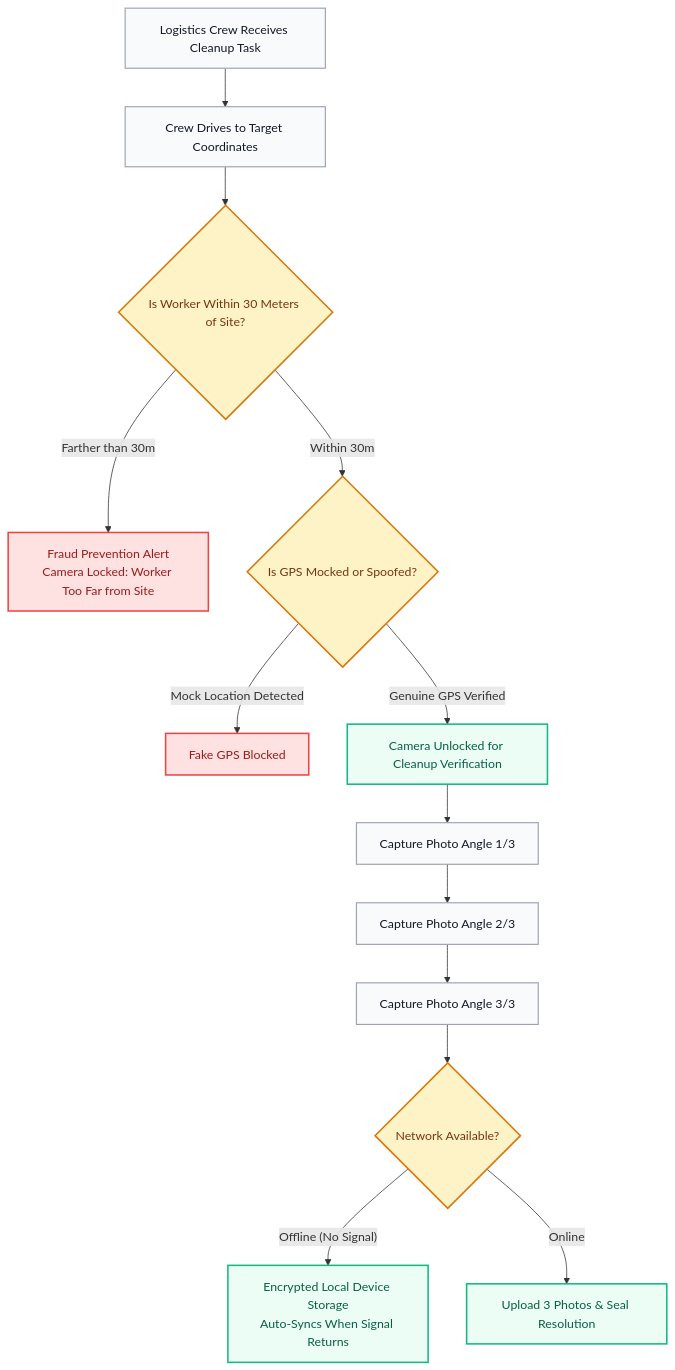
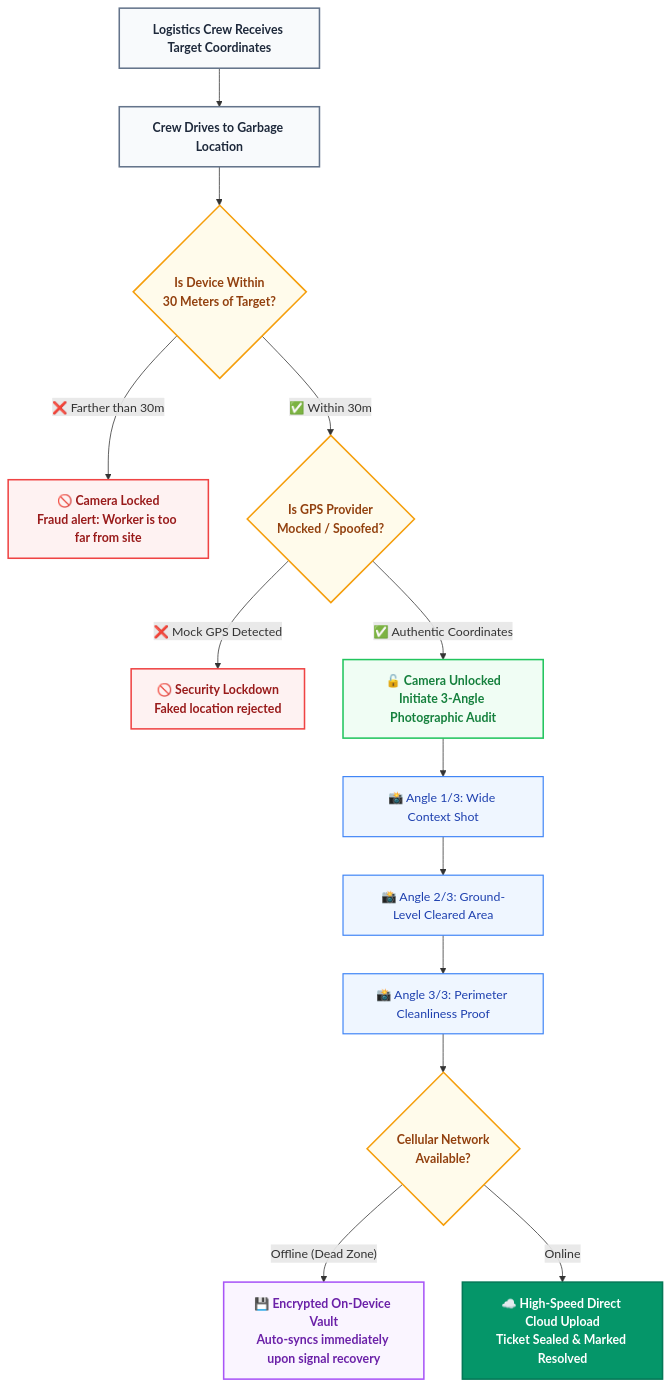
One commit to Parth-Chavan-15/SpotFix changed the fourth of 5 diagrams in README.md. Above: the diagram before and after it, drawn with Mermaid. The commit also changed other lines of this file, not shown here.

Commit message:
style: center hero branding, vertically align preview screenshots with individual captions, polish markdown tables, and enhance workflow diagrams

````diff
--- a/README.md
+++ b/README.md
@@ -242,24 +270,27 @@
 ```mermaid
 flowchart TD
-    classDef step fill:#F9FAFB,stroke:#9CA3AF,stroke-width:1.5px,color:#111827;
-    classDef check fill:#FEF3C7,stroke:#D97706,stroke-width:2px,color:#78350F;
-    classDef blocked fill:#FEE2E2,stroke:#EF4444,stroke-width:2px,color:#991B1B;
-    classDef passed fill:#ECFDF5,stroke:#10B981,stroke-width:2px,color:#065F46;
+    A["Logistics Crew Receives Target Coordinates"]:::slateNode --> B["Crew Drives to Garbage Location"]:::slateNode
+    B --> C{"Is Device Within\n30 Meters of Target?"}:::amberNode
 
-    ASSIGNED["Logistics Crew Receives Cleanup Task"]:::step --> ARRIVE["Crew Drives to Target Coordinates"]:::step
-    ARRIVE --> PROXIMITY{"Is Worker Within 30 Meters of Site?"}:::check
-    
-    PROXIMITY -->|"Farther than 30m"| BLOCK_DIST["Fraud Prevention Alert\nCamera Locked: Worker Too Far from Site"]:::blocked
-    PROXIMITY -->|"Within 30m"| SPOOF{"Is GPS Mocked or Spoofed?"}:::check
-    
-    SPOOF -->|"Mock Location Detected"| BLOCK_MOCK["Fake GPS Blocked"]:::blocked
-    SPOOF -->|"Genuine GPS Verified"| CAMERA_UNLOCK["Camera Unlocked for Cleanup Verification"]:::passed
+    C -->|"❌ Farther than 30m"| D["🚫 Camera Locked\nFraud alert: Worker is too far from site"]:::redNode
+    C -->|"✅ Within 30m"| E{"Is GPS Provider\nMocked / Spoofed?"}:::amberNode
 
-    CAMERA_UNLOCK --> ANGLE_1["Capture Photo Angle 1/3"]:::step
-    ANGLE_1 --> ANGLE_2["Capture Photo Angle 2/3"]:::step
-    ANGLE_2 --> ANGLE_3["Capture Photo Angle 3/3"]:::step
-    
-    ANGLE_3 --> NET_STATUS{"Network Available?"}:::check
-    NET_STATUS -->|"Offline (No Signal)"| LOCAL_VAULT["Encrypted Local Device Storage\nAuto-Syncs When Signal Returns"]:::passed
-    NET_STATUS -->|"Online"| INSTANT_CLOSE["Upload 3 Photos & Seal Resolution"]:::passed
+    E -->|"❌ Mock GPS Detected"| F["🚫 Security Lockdown\nFaked location rejected"]:::redNode
+    E -->|"✅ Authentic Coordinates"| G["🔓 Camera Unlocked\nInitiate 3-Angle Photographic Audit"]:::greenNode
+
+    G --> H["📸 Angle 1/3: Wide Context Shot"]:::blueNode
+    H --> I["📸 Angle 2/3: Ground-Level Cleared Area"]:::blueNode
+    I --> J["📸 Angle 3/3: Perimeter Cleanliness Proof"]:::blueNode
+
+    J --> K{"Cellular Network\nAvailable?"}:::amberNode
+    K -->|"Offline (Dead Zone)"| L["💾 Encrypted On-Device Vault\nAuto-syncs immediately upon signal recovery"]:::purpleNode
+    K -->|"Online"| M["☁️ High-Speed Direct Cloud Upload\nTicket Sealed & Marked Resolved"]:::emeraldNode
+
+    classDef slateNode fill:#f8fafc,stroke:#64748b,stroke-width:2px,color:#1e293b,font-weight:bold;
+    classDef amberNode fill:#fffbeb,stroke:#f59e0b,stroke-width:2px,color:#92400e,font-weight:bold;
+    classDef redNode fill:#fef2f2,stroke:#ef4444,stroke-width:2px,color:#991b1b,font-weight:bold;
+    classDef greenNode fill:#f0fdf4,stroke:#22c55e,stroke-width:2px,color:#15803d,font-weight:bold;
+    classDef blueNode fill:#eff6ff,stroke:#3b82f6,stroke-width:1.5px,color:#1e40af;
+    classDef purpleNode fill:#faf5ff,stroke:#a855f7,stroke-width:2px,color:#6b21a8,font-weight:bold;
+    classDef emeraldNode fill:#059669,stroke:#047857,stroke-width:2px,color:#ffffff,font-weight:bold;
 ```
````
